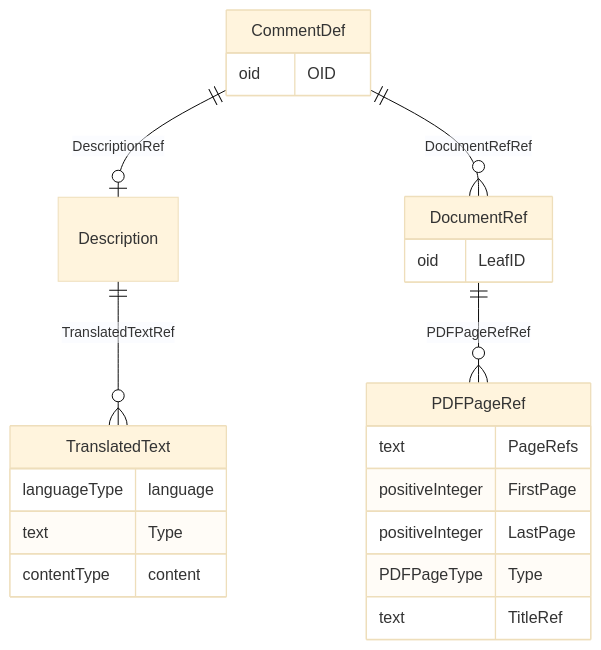
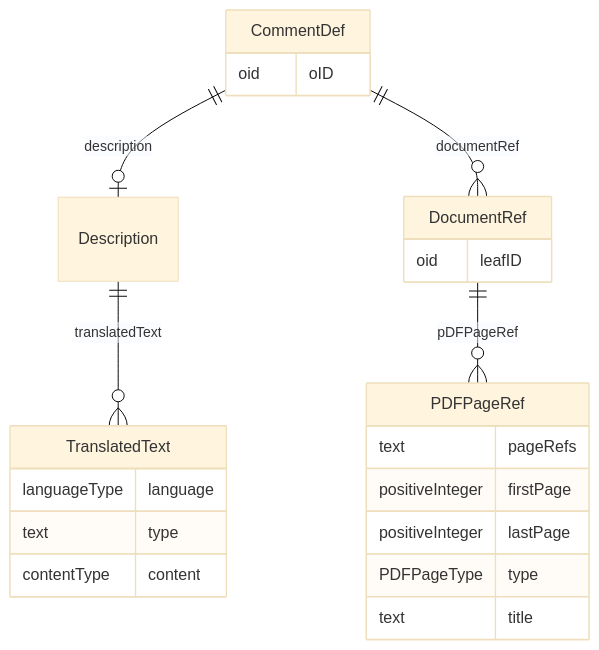
Before and after one commit to cdisc-org/DataExchange-ODM-LinkML: the diagram in docs/CommentDef.md, drawn with Mermaid (base theme). The commit also changed other lines of this file and 759 other files, not shown here.

````diff
--- a/docs/CommentDef.md
+++ b/docs/CommentDef.md
@@ -11,30 +11,30 @@
 ```mermaid
 erDiagram
 CommentDef {
-    oid OID  
+    oid oID  
 }
 DocumentRef {
-    oid LeafID  
+    oid leafID  
 }
 PDFPageRef {
-    text PageRefs  
-    positiveInteger FirstPage  
-    positiveInteger LastPage  
-    PDFPageType Type  
-    text TitleRef  
+    text pageRefs  
+    positiveInteger firstPage  
+    positiveInteger lastPage  
+    PDFPageType type  
+    text title  
 }
 Description {
 
 }
 TranslatedText {
     languageType language  
-    text Type  
+    text type  
     contentType content  
 }
 
-CommentDef ||--|o Description : "DescriptionRef"
-CommentDef ||--}o DocumentRef : "DocumentRefRef"
-DocumentRef ||--}o PDFPageRef : "PDFPageRefRef"
-Description ||--}o TranslatedText : "TranslatedTextRef"
+CommentDef ||--|o Description : "description"
+CommentDef ||--}o DocumentRef : "documentRef"
+DocumentRef ||--}o PDFPageRef : "pDFPageRef"
+Description ||--}o TranslatedText : "translatedText"
 
 ```
````
